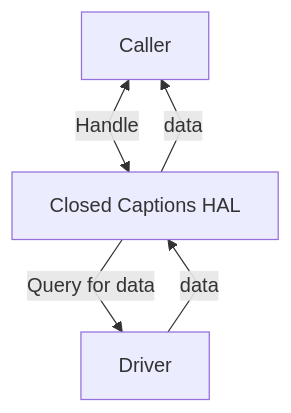
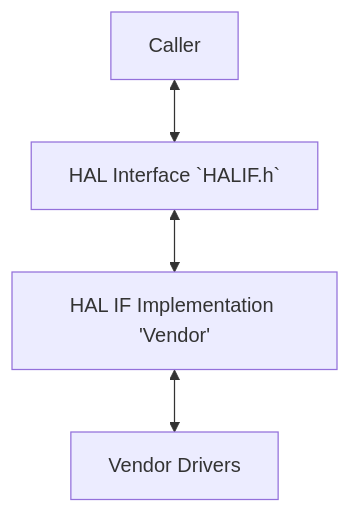
The first of 2 diagrams in docs/pages/closed-captions_halSpec.md (rdkcentral/rdk-halif-closed_captions), drawn with Mermaid before and after one commit. The commit also changed other lines of this file, not shown here.

First line of the commit message:
Update closed-captions_halSpec.md

````diff
--- a/docs/pages/closed-captions_halSpec.md
+++ b/docs/pages/closed-captions_halSpec.md
@@ -60,8 +60,7 @@
 ```mermaid
 %%{init: {"flowchart": {"curve": "linear"}} }%%
 flowchart
-    A[Caller] <-->|Handle| B[Closed Captions HAL]
-    B --> |Query for data| C[Driver]
-    C --> |data| B
-    B --> |data| A
+    Caller <--> HALIF[HAL Interface `HALIF.h`]
+    HALIF <--> VendorWrapper[HAL IF Implementation 'Vendor']
+    VendorWrapper <--> VendorDrivers[Vendor Drivers]
  ```
````
